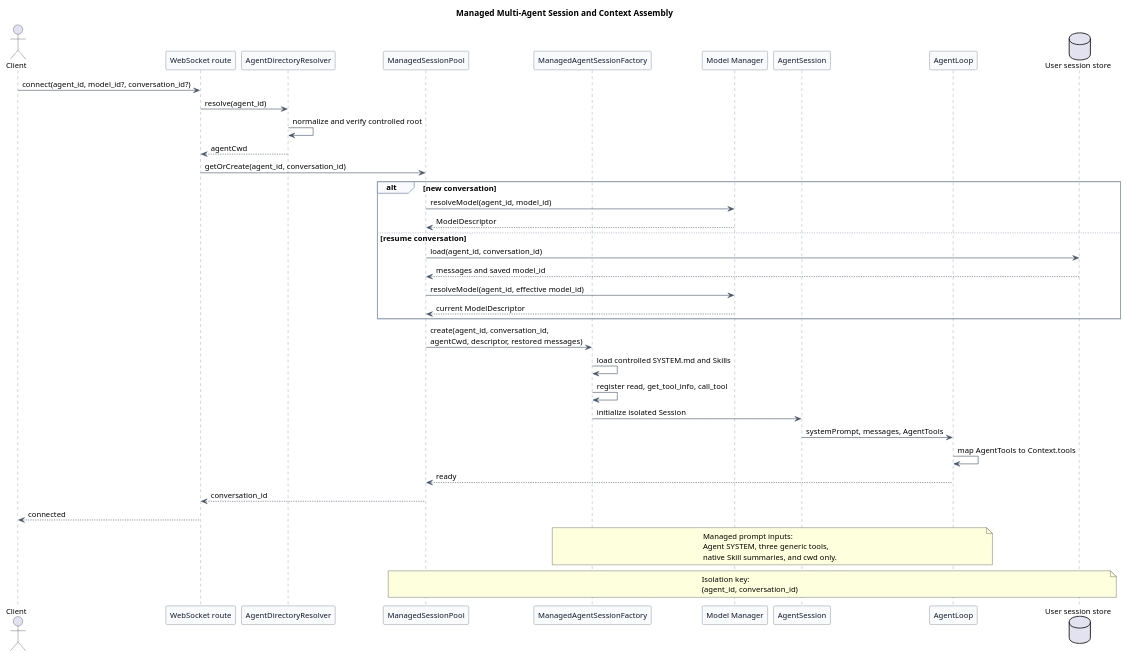
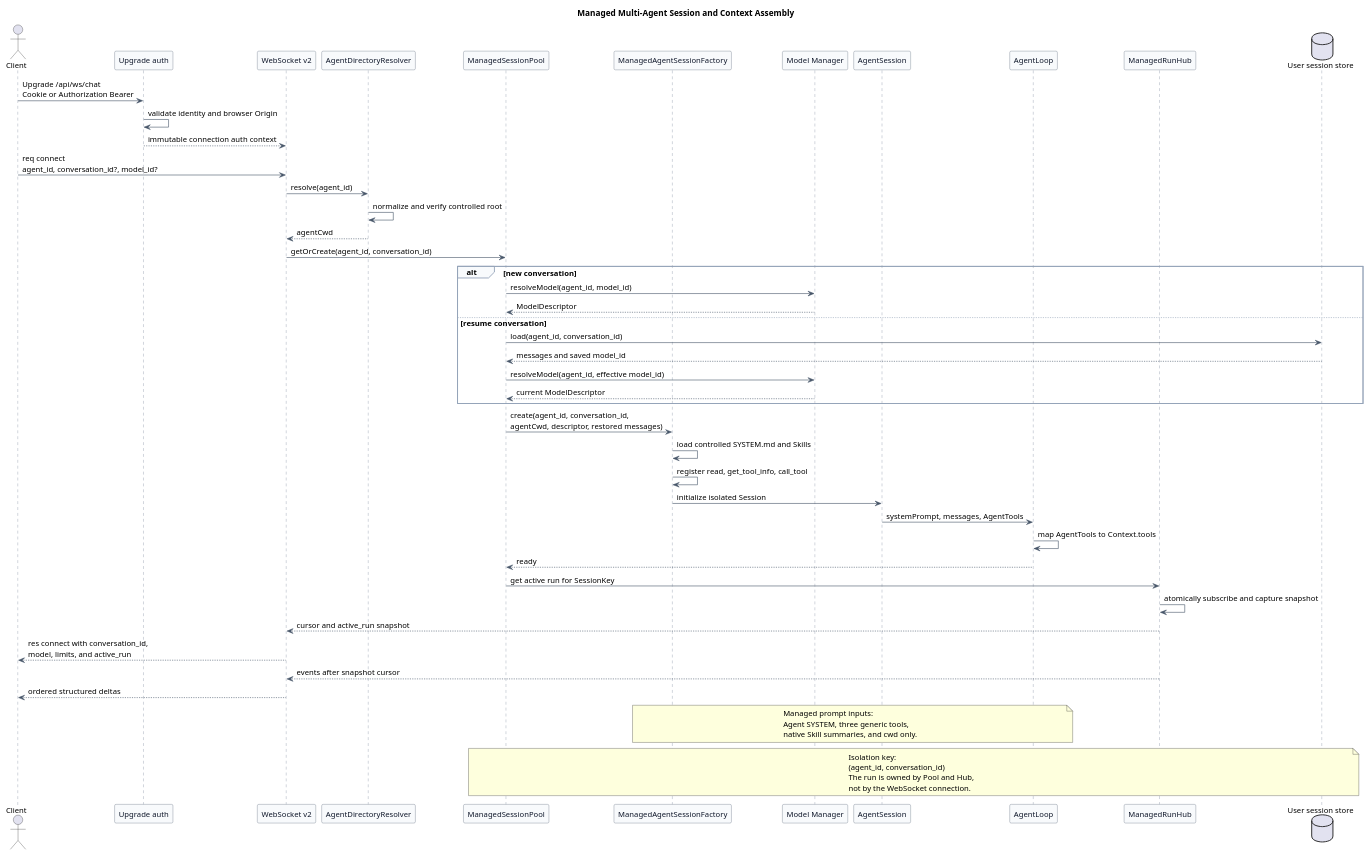
The second of 5 diagrams in pi-mono-java-manager-driven-multi-agent-runtime/diagram.puml (superheromeZzh/pi-mono-java-design), drawn with PlantUML before and after one commit. The commit also changed other lines of this file and 6 other files, not shown here.

Commit message:
docs(agent): design session websocket v2

```diff
--- a/pi-mono-java-manager-driven-multi-agent-runtime/diagram.puml
+++ b/pi-mono-java-manager-driven-multi-agent-runtime/diagram.puml
@@ -77,77 +77,91 @@
 @startuml managed_session_context_assembly
 title Managed Multi-Agent Session and Context Assembly
 
 ' Source evidence:
 ' pi-mono packages/ai/src/types.ts: Context
 ' pi-mono packages/coding-agent/src/core/system-prompt.ts: buildSystemPrompt
 ' pi-mono-java modules/coding-agent-cli/src/main/java/com/campusclaw/codingagent/session/AgentSession.java: initialize
 ' pi-mono-java modules/coding-agent-cli/src/main/java/com/campusclaw/codingagent/mode/server/SessionPool.java: getOrCreate
+' pi-mono-java modules/coding-agent-cli/src/main/java/com/campusclaw/codingagent/mode/server/ServerMode.java: websocket route
+' pi-mono-java modules/coding-agent-cli/src/main/java/com/campusclaw/codingagent/mode/server/ChatWebSocketHandler.java: handle
 ' pi-mono-java modules/agent-core/src/main/java/com/campusclaw/agent/loop/AgentLoop.java: invokeModel, toLlmTools
-' Observed behavior: Java currently uses one base cwd and keys the in-memory pool by conversation id.
-' Java divergence: the target derives cwd from agent_id and keys sessions by Agent and conversation.
-' Design reason: prevent prompt, model, tool and persistence leakage across Agents in one JVM.
+' Observed behavior: Java currently reads conversation_id during Upgrade and uses one base cwd.
+' Java divergence: v2 authenticates Upgrade, binds Agent and conversation in the connect frame,
+' and atomically subscribes to an independently owned run after Session assembly.
+' Design reason: isolate prompt, model, tool, persistence, and run recovery across Agents.
 
 skinparam backgroundColor #FFFFFF
 skinparam shadowing false
 skinparam defaultFontName Arial
 skinparam defaultFontSize 13
 skinparam participant {
   BackgroundColor #F8FAFC
   BorderColor #475569
   FontColor #0F172A
 }
 skinparam ArrowColor #475569
 skinparam sequence {
   LifeLineBorderColor #64748B
   LifeLineBackgroundColor #F8FAFC
   GroupBorderColor #94A3B8
   GroupBackgroundColor #F8FAFC
 }
 
 actor Client
-participant "WebSocket route" as WS
+participant "Upgrade auth" as Auth
+participant "WebSocket v2" as WS
 participant "AgentDirectoryResolver" as Resolver
 participant "ManagedSessionPool" as Pool
 participant "ManagedAgentSessionFactory" as Factory
 participant "Model Manager" as ModelManager
 participant "AgentSession" as Session
 participant "AgentLoop" as Loop
+participant "ManagedRunHub" as Hub
 database "User session store" as Store
 
-Client -> WS : connect(agent_id, model_id?, conversation_id?)
+Client -> Auth : Upgrade /api/ws/chat\nCookie or Authorization Bearer
+Auth -> Auth : validate identity and browser Origin
+Auth --> WS : immutable connection auth context
+Client -> WS : req connect\nagent_id, conversation_id?, model_id?
 WS -> Resolver : resolve(agent_id)
 Resolver -> Resolver : normalize and verify controlled root
 Resolver --> WS : agentCwd
 WS -> Pool : getOrCreate(agent_id, conversation_id)
 
 alt new conversation
   Pool -> ModelManager : resolveModel(agent_id, model_id)
   ModelManager --> Pool : ModelDescriptor
 else resume conversation
   Pool -> Store : load(agent_id, conversation_id)
   Store --> Pool : messages and saved model_id
   Pool -> ModelManager : resolveModel(agent_id, effective model_id)
   ModelManager --> Pool : current ModelDescriptor
 end
 
 Pool -> Factory : create(agent_id, conversation_id,\nagentCwd, descriptor, restored messages)
 Factory -> Factory : load controlled SYSTEM.md and Skills
 Factory -> Factory : register read, get_tool_info, call_tool
 Factory -> Session : initialize isolated Session
 Session -> Loop : systemPrompt, messages, AgentTools
 Loop -> Loop : map AgentTools to Context.tools
 Loop --> Pool : ready
-Pool --> WS : conversation_id
-WS --> Client : connected
+Pool -> Hub : get active run for SessionKey
+Hub -> Hub : atomically subscribe and capture snapshot
+Hub --> WS : cursor and active_run snapshot
+WS --> Client : res connect with conversation_id,\nmodel, limits, and active_run
+Hub --> WS : events after snapshot cursor
+WS --> Client : ordered structured deltas
 
 note over Factory,Loop
 Managed prompt inputs:
 Agent SYSTEM, three generic tools,
 native Skill summaries, and cwd only.
 end note
 
 note over Pool,Store
 Isolation key:
 (agent_id, conversation_id)
+The run is owned by Pool and Hub,
+not by the WebSocket connection.
 end note
 @enduml
```
